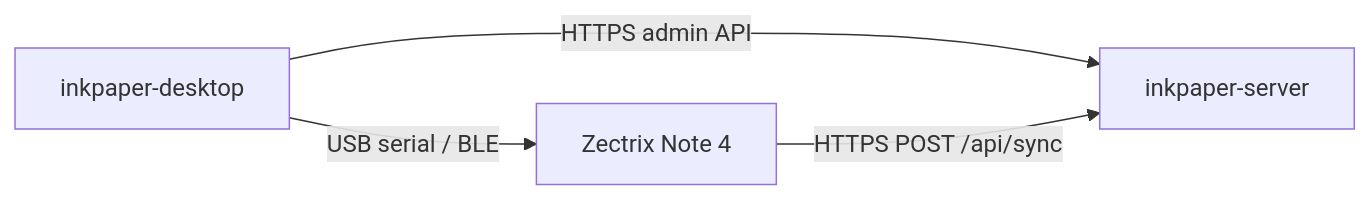
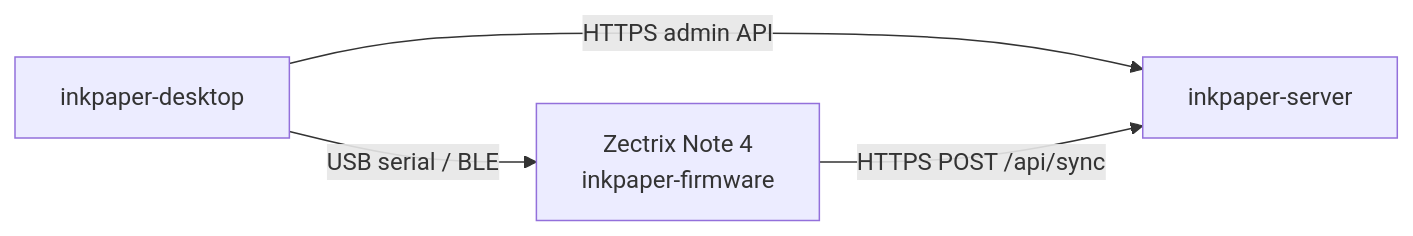
One commit to counhopig/inkpaper-desktop changed the diagram in README.md. Above: the diagram before and after it, drawn with Mermaid.

Commit message:
docs: quote mermaid labels so the diagram renders reliably

````diff
--- a/README.md
+++ b/README.md
@@ -15,6 +15,6 @@
 ```mermaid
 flowchart LR
-    T[inkpaper-desktop] -->|USB serial / BLE| D[Zectrix Note 4]
-    T -->|HTTPS admin API| S[inkpaper-server]
-    D -->|HTTPS POST /api/sync| S
+    T["inkpaper-desktop"] -->|"USB serial / BLE"| D["Zectrix Note 4<br/>inkpaper-firmware"]
+    T -->|"HTTPS admin API"| S["inkpaper-server"]
+    D -->|"HTTPS POST /api/sync"| S
 ```
````
